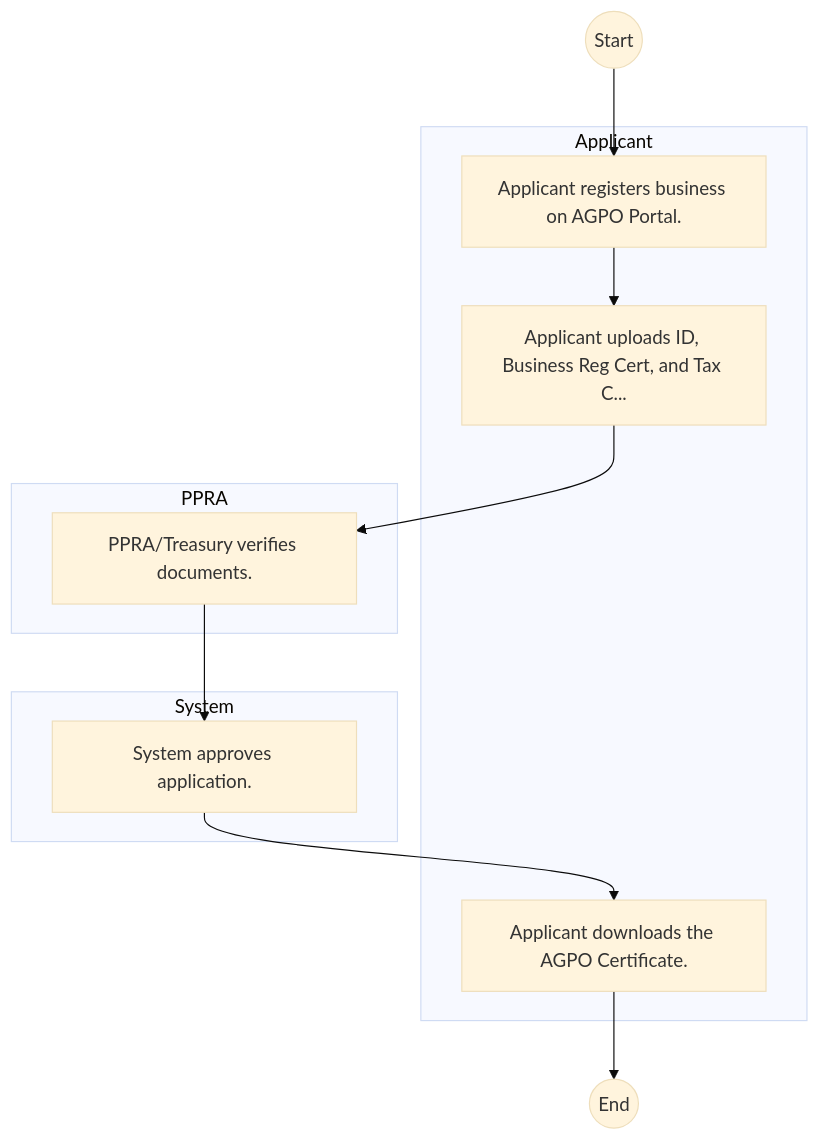
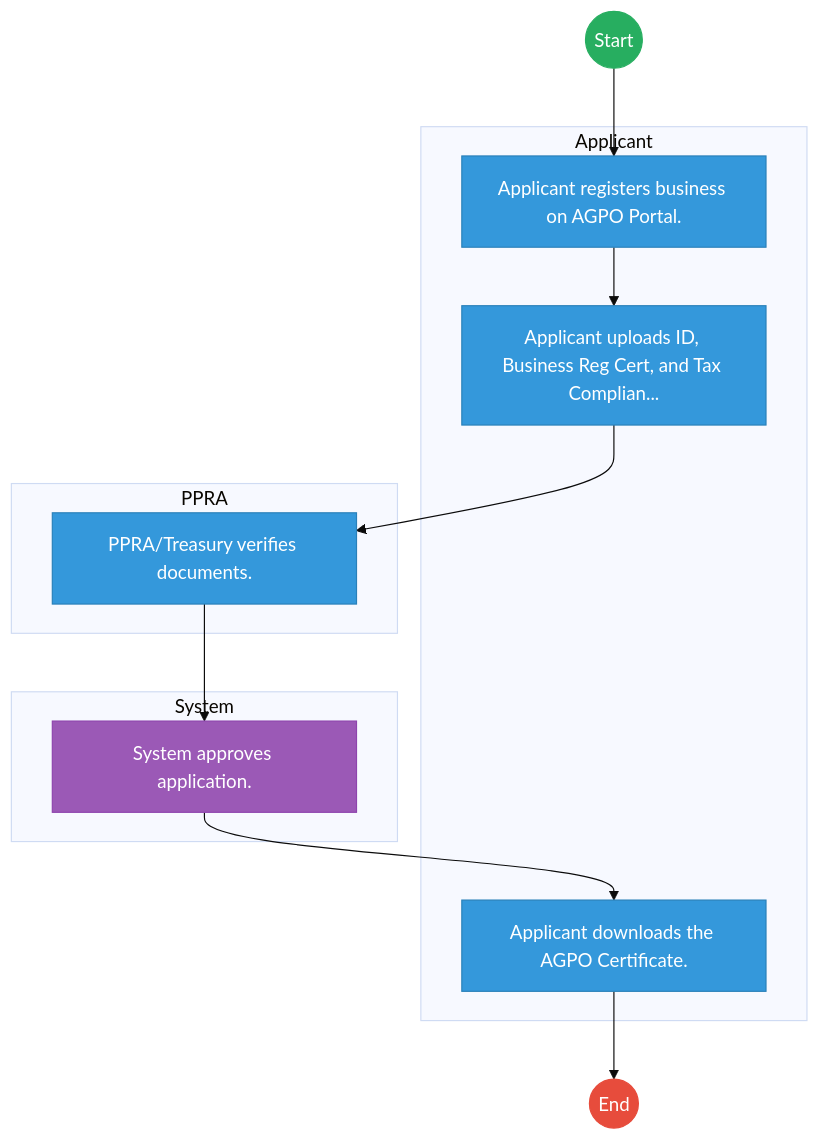
Before and after one commit to BITZ-IT-Consulting-LTD/ictapoc: the diagram in mdas/docs_final/Public_Procurement_Regulatory_Authority___Procurement_Process.md, drawn with Mermaid (base theme). The commit also changed 461 other files, not shown here.

````diff
--- a/mdas/docs_final/Public_Procurement_Regulatory_Authority___Procurement_Process.md
+++ b/mdas/docs_final/Public_Procurement_Regulatory_Authority___Procurement_Process.md
@@ -20,20 +20,33 @@
 ```mermaid
 graph TD
     Start((Start)) --> S1
+
     subgraph Applicant [Applicant]
         S1["Applicant registers business on AGPO Portal."]
-        S2["Applicant uploads ID, Business Reg Cert, and Tax C..."]
+        S2["Applicant uploads ID, Business Reg Cert, and Tax Complian..."]
         S5["Applicant downloads the AGPO Certificate."]
     end
+
     subgraph PPRA [PPRA]
         S3["PPRA/Treasury verifies documents."]
     end
+
     subgraph System [System]
         S4["System approves application."]
     end
     S1 --> S2
     S2 --> S3
     S3 --> S4
     S4 --> S5
     S5 --> End((End))
+
+    classDef start fill:#27ae60,stroke:#27ae60,color:#fff;
+    classDef endNode fill:#e74c3c,stroke:#e74c3c,color:#fff;
+    classDef userTask fill:#3498db,stroke:#2980b9,color:#fff;
+    classDef serviceTask fill:#9b59b6,stroke:#8e44ad,color:#fff;
+
+    class Start start;
+    class End endNode;
+    class S1,S2,S3,S5 userTask;
+    class S4 serviceTask;
 ```
````
